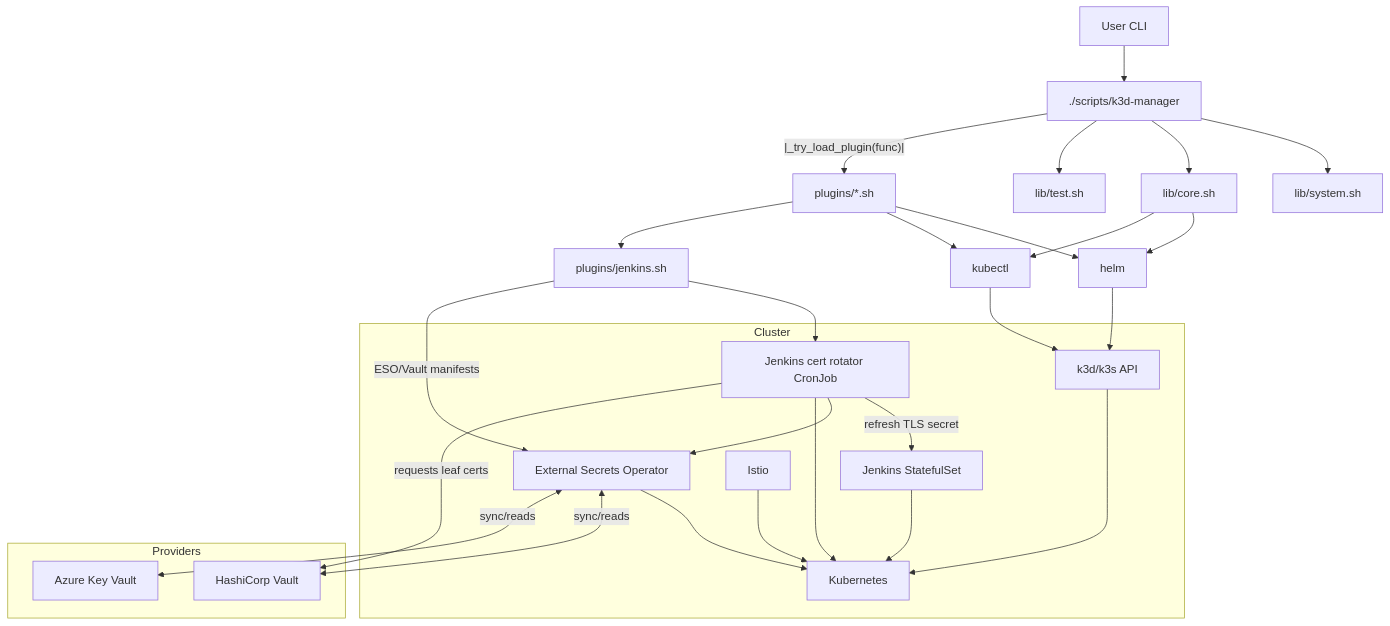
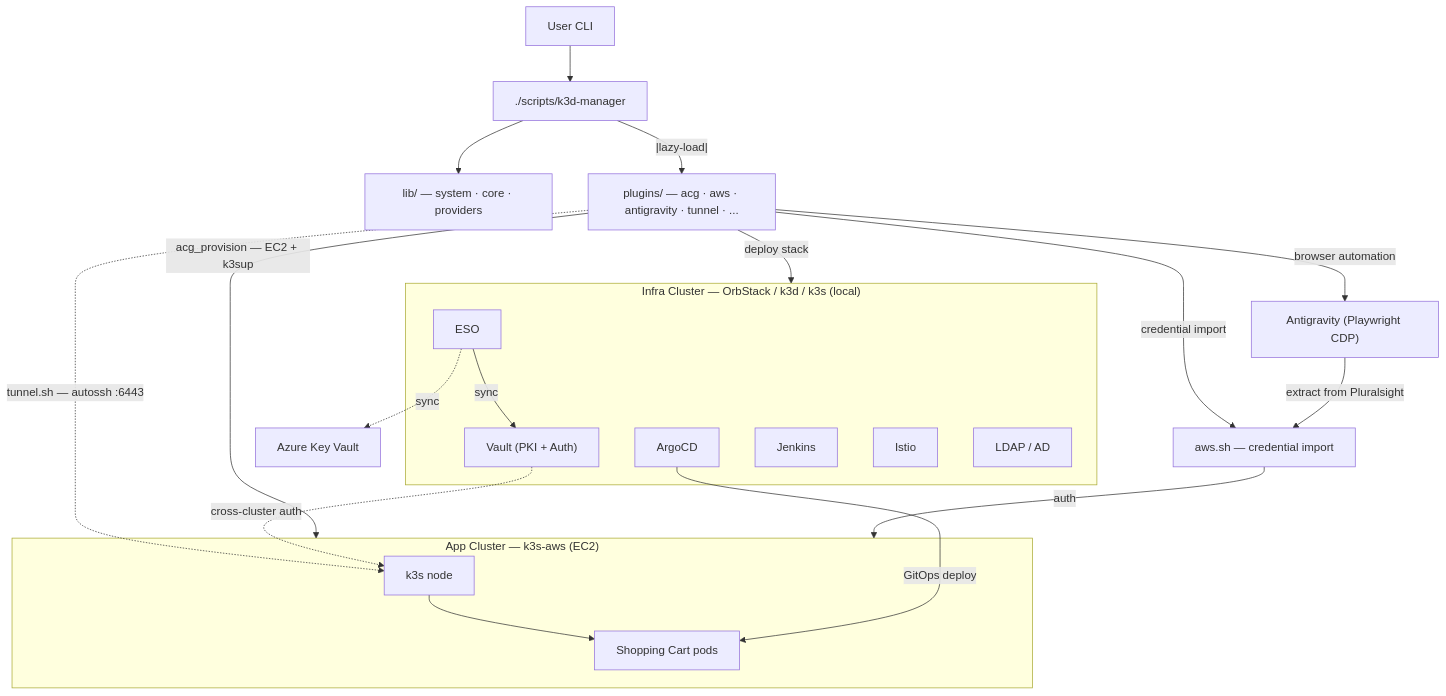
Before and after one commit to wilddog64/k3d-manager: the diagram in README.md, drawn with Mermaid. The commit also changed other lines of this file, not shown here.

Commit message:
docs(readme): update architecture diagram + k3s-aws provider entry
Replace single-cluster mermaid with two-cluster model showing Infra
Cluster (local) and App Cluster (k3s-aws on EC2), Antigravity browser
automation, autossh tunnel, ArgoCD GitOps, and cross-cluster Vault auth.

Add k3s-aws to Provider Selection table; link to ACG howto from
Providers docs section.

````diff
--- a/README.md
+++ b/README.md
@@ -122,34 +124,36 @@
 ```mermaid
 graph TD
   U[User CLI] --> KM[./scripts/k3d-manager]
-  KM --> SYS[lib/system.sh]
-  KM --> CORE[lib/core.sh]
-  KM --> TEST[lib/test.sh]
-  KM --|_try_load_plugin(func)|--> PLUG[plugins/*.sh]
-  PLUG --> HELM[helm]
-  PLUG --> KUB[kubectl]
-  PLUG --> JPLUG[plugins/jenkins.sh]
-  JPLUG --> ROTATOR["Jenkins cert rotator CronJob"]
-  JPLUG -->|ESO/Vault manifests| ESO
-  ROTATOR -->|refresh TLS secret| JENKINS[Jenkins StatefulSet]
-  ROTATOR --> ESO
-  CORE --> HELM
-  CORE --> KUB
-  subgraph Cluster
-     K3D[k3d/k3s API] --> K8S[Kubernetes]
-     ISTIO[Istio] --> K8S
-     ESO[External Secrets Operator] --> K8S
-     JENKINS --> K8S
-     ROTATOR --> K8S
+  KM --> LIB["lib/ — system · core · providers"]
+  KM --|lazy-load|--> PLUG["plugins/ — acg · aws · antigravity · tunnel · ..."]
+
+  subgraph Infra ["Infra Cluster — OrbStack / k3d / k3s (local)"]
+    VAULT["Vault (PKI + Auth)"]
+    ESO[ESO]
+    ARGOCD[ArgoCD]
+    JENKINS[Jenkins]
+    ISTIO[Istio]
+    LDAP[LDAP / AD]
+    ESO -->|sync| VAULT
   end
-  HELM --> K3D
-  KUB --> K3D
 
-  subgraph Providers
-     VAULT[HashiCorp Vault]
-     AZ[Azure Key Vault]
+  subgraph AppCluster ["App Cluster — k3s-aws (EC2)"]
+    K3S[k3s node]
+    APPS[Shopping Cart pods]
+    K3S --> APPS
   end
-  ESO <-- sync/reads --> VAULT
-  ESO <-- sync/reads --> AZ
-  ROTATOR -->|requests leaf certs| VAULT
+
+  ANTG["Antigravity (Playwright CDP)"]
+  AWSC["aws.sh — credential import"]
+
+  PLUG -->|deploy stack| Infra
+  PLUG -->|acg_provision — EC2 + k3sup| AppCluster
+  PLUG -->|browser automation| ANTG
+  PLUG -->|credential import| AWSC
+  ANTG -->|extract from Pluralsight| AWSC
+  AWSC -->|auth| AppCluster
+  PLUG -.->|tunnel.sh — autossh :6443| K3S
+  ARGOCD -->|GitOps deploy| APPS
+  VAULT -.->|cross-cluster auth| K3S
+  ESO -.->|sync| AKV[Azure Key Vault]
 ```
````
